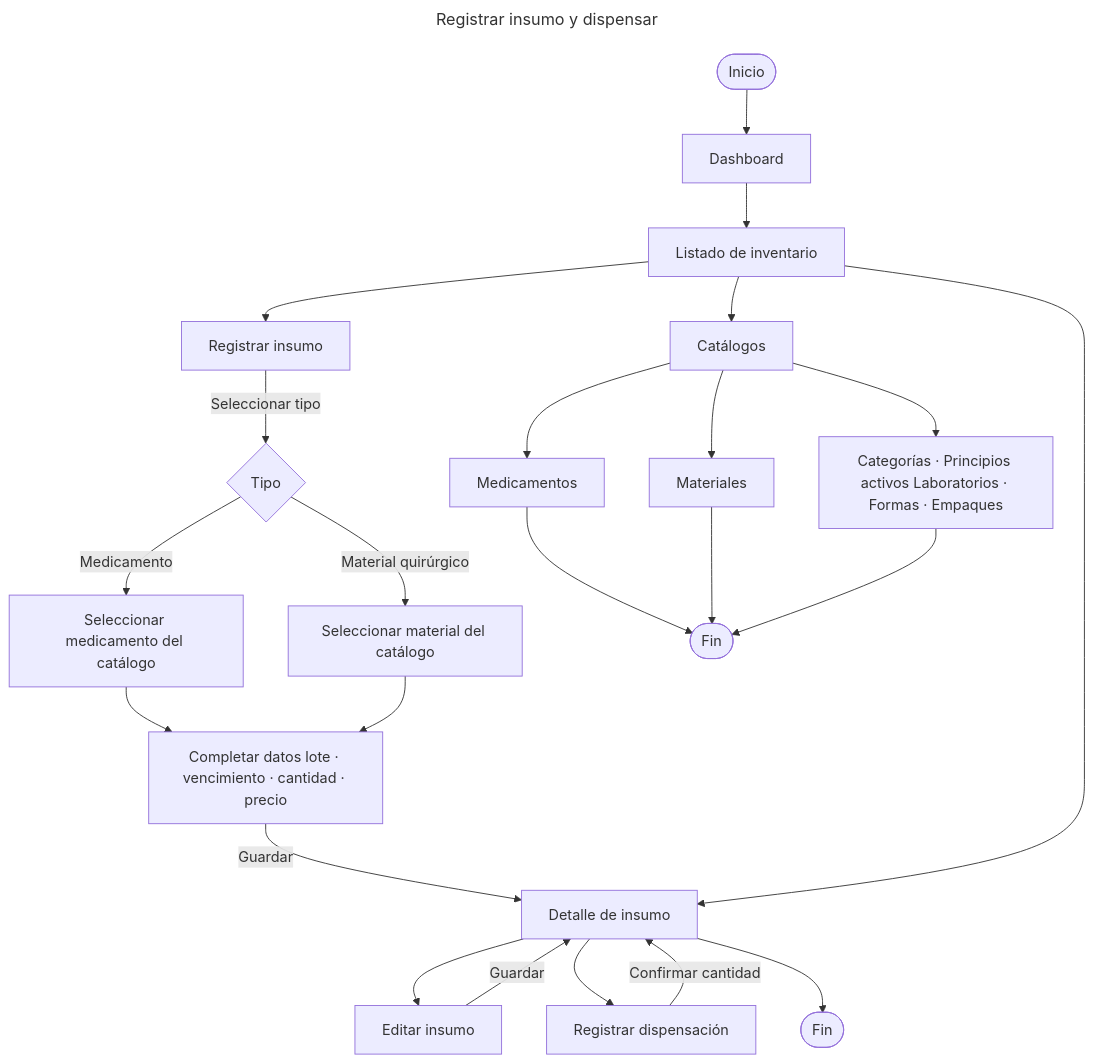
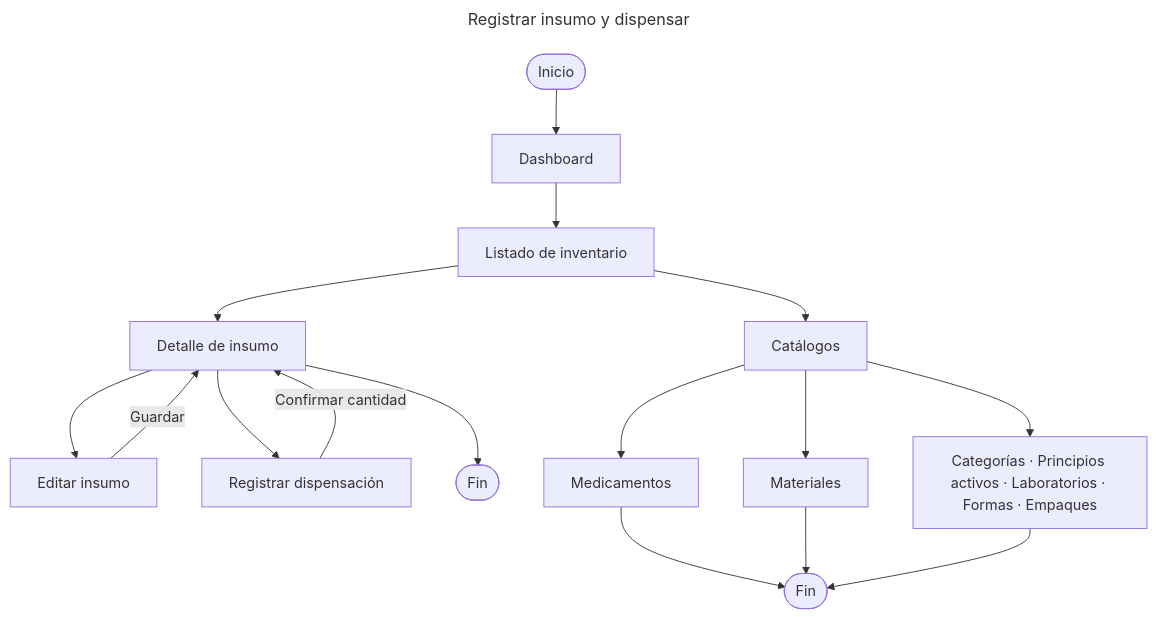
The diagram in docs/per-module/inventory/user-flows/supplies.mermaid (DaikoneKisu/san-martin-de-porres-parish-pharmacy-community-service), drawn with Mermaid before and after one commit. The commit also changed 5 other files, not shown here.

Commit message:
chore: update user flow diagrams for accounting, admin, audit, donation, inventory, and medical modules

```diff
--- a/docs/per-module/inventory/user-flows/supplies.mermaid
+++ b/docs/per-module/inventory/user-flows/supplies.mermaid
@@ -1,26 +1,21 @@
 ---
 title: Registrar insumo y dispensar
 ---
 flowchart TD
   S([Inicio]) --> DASH[Dashboard]
+
   DASH --> INS_LIST[Listado de inventario]
-  INS_LIST --> INS_NEW[Registrar insumo]
-  INS_NEW -->|Seleccionar tipo| TIPO{Tipo}
-  TIPO -->|Medicamento| SEL_MED[Seleccionar medicamento del catálogo]
-  TIPO -->|Material quirúrgico| SEL_MAT[Seleccionar material del catálogo]
-  SEL_MED --> INS_FORM[Completar datos lote · vencimiento · cantidad · precio]
-  SEL_MAT --> INS_FORM
-  INS_FORM -->|Guardar| INS_DETAIL[Detalle de insumo]
-  INS_LIST --> INS_DETAIL
+  INS_LIST --> INS_DETAIL[Detalle de insumo]
   INS_DETAIL --> INS_EDIT[Editar insumo]
   INS_EDIT -->|Guardar| INS_DETAIL
   INS_DETAIL --> INS_DISP[Registrar dispensación]
   INS_DISP -->|Confirmar cantidad| INS_DETAIL
-  INS_DETAIL --> E1([Fin])
+  INS_DETAIL --> E2([Fin])
+
   INS_LIST --> CAT_NAV[Catálogos]
   CAT_NAV --> CAT_MED[Medicamentos]
   CAT_NAV --> CAT_MAT[Materiales]
-  CAT_NAV --> CAT_MISC[Categorías · Principios activos Laboratorios · Formas · Empaques]
-  CAT_MED --> E2([Fin])
-  CAT_MAT --> E2
-  CAT_MISC --> E2
+  CAT_NAV --> CAT_MISC[Categorías · Principios activos · Laboratorios · Formas · Empaques]
+  CAT_MED --> E3([Fin])
+  CAT_MAT --> E3
+  CAT_MISC --> E3
```
